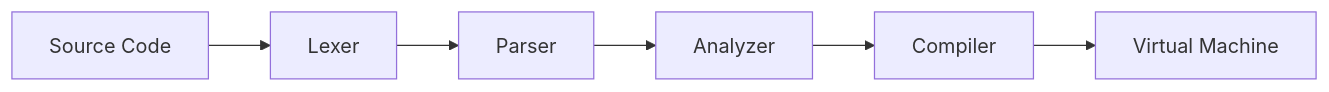
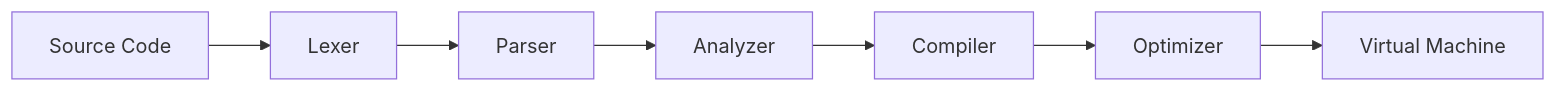
Before and after one commit to robcox2910/pebble-lang: the diagram in docs/index.md, drawn with Mermaid. The commit also changed other lines of this file and 3 other files, not shown here.

First line of the commit message:
docs: add optimizer to pipeline diagrams and fix comment syntax

````diff
--- a/docs/index.md
+++ b/docs/index.md
@@ -33,8 +33,9 @@
 ```mermaid
 graph LR
     A[Source Code] --> B[Lexer]
     B --> C[Parser]
     C --> D[Analyzer]
     D --> E[Compiler]
-    E --> F[Virtual Machine]
+    E --> F[Optimizer]
+    F --> G[Virtual Machine]
 ```
````
